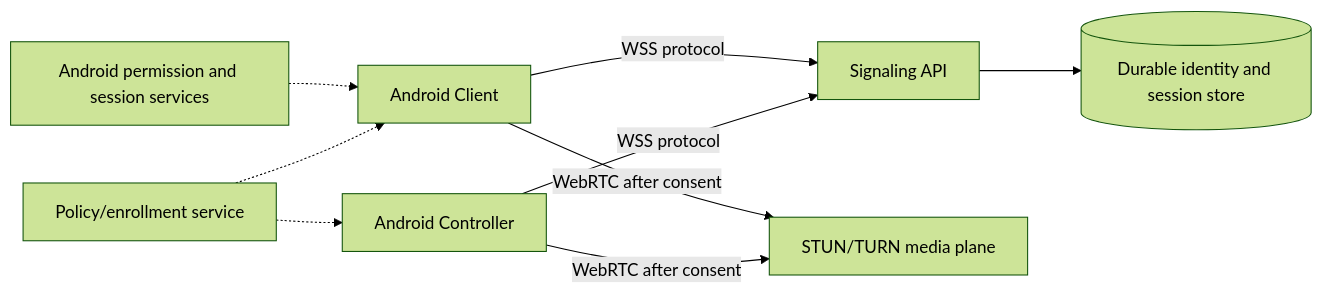
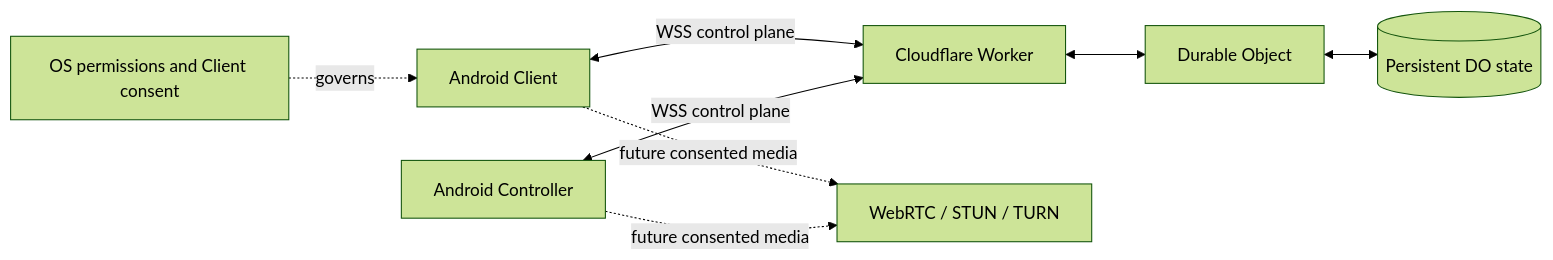
Before and after one commit to rakhan17/Meizzo: the diagram in docs/v2/architecture-audit.md, drawn with Mermaid (forest theme). The commit also changed other lines of this file, not shown here.

Commit message:
docs: replace stale beta.3 architecture audit

````diff
--- a/docs/v2/architecture-audit.md
+++ b/docs/v2/architecture-audit.md
@@ -87,11 +127,10 @@
 ```mermaid
 flowchart LR
-  C[Android Client] -->|WSS protocol| S[Signaling API]
-  O[Android Controller] -->|WSS protocol| S
-  S --> D[(Durable identity and session store)]
-  C -->|WebRTC after consent| M[STUN/TURN media plane]
-  O -->|WebRTC after consent| M
-  A[Android permission and session services] -.-> C
-  P[Policy/enrollment service] -.-> C
-  P -.-> O
+  C[Android Client] <-->|WSS control plane| S[Cloudflare Worker]
+  O[Android Controller] <-->|WSS control plane| S
+  S <--> D[Durable Object]
+  D <--> DB[(Persistent DO state)]
+  C -. future consented media .-> M[WebRTC / STUN / TURN]
+  O -. future consented media .-> M
+  P[OS permissions and Client consent] -. governs .-> C
 ```
````
